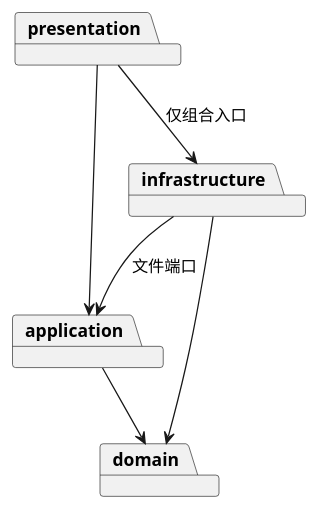
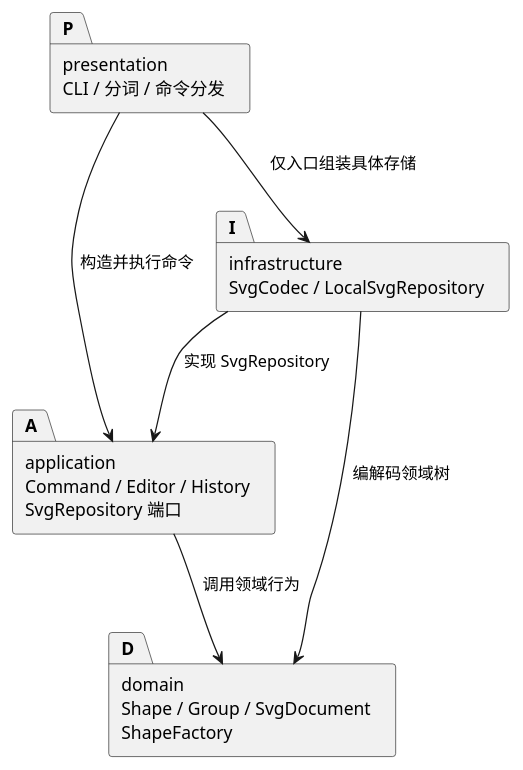
Before and after one commit to MAK1MAAaa/se_lab01: the diagram in doc/README.md, drawn with PlantUML. The commit also changed other lines of this file and 4 other files, not shown here.

Commit message:
docs: document architecture, verification and runnable SVG examples

````diff
--- a/doc/README.md
+++ b/doc/README.md
@@ -13,13 +19,14 @@
 ```plantuml
 @startuml
-package presentation
-package application
-package domain
-package infrastructure
-presentation --> application
-presentation --> infrastructure : 仅组合入口
-application --> domain
-infrastructure --> application : 文件端口
-infrastructure --> domain
+skinparam componentStyle rectangle
+package "presentation\nCLI / 分词 / 命令分发" as P
+package "application\nCommand / Editor / History\nSvgRepository 端口" as A
+package "domain\nShape / Group / SvgDocument\nShapeFactory" as D
+package "infrastructure\nSvgCodec / LocalSvgRepository" as I
+P --> A : 构造并执行命令
+P --> I : 仅入口组装具体存储
+A --> D : 调用领域行为
+I --> A : 实现 SvgRepository
+I --> D : 编解码领域树
 @enduml
 ```
````
